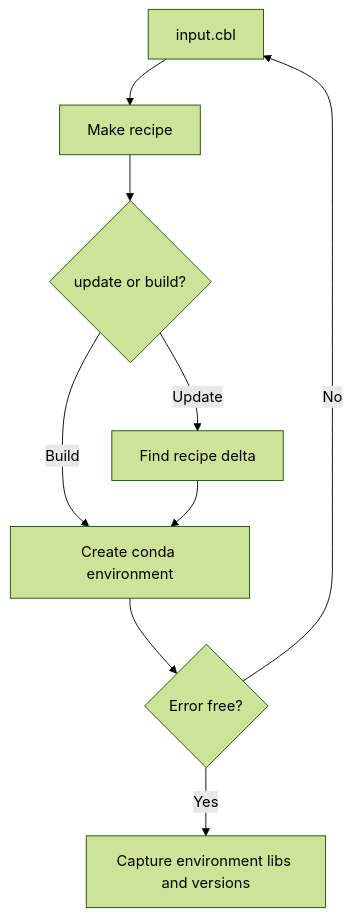
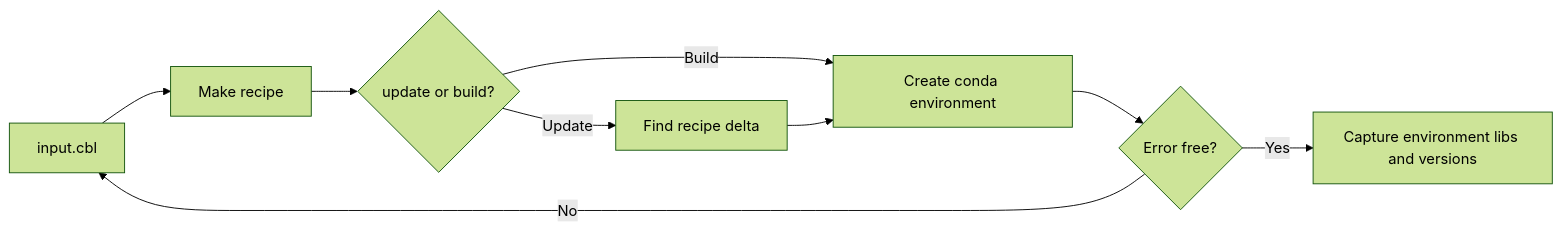
The diagram in docs/overview.md (coble-tools/coble), drawn with Mermaid (forest theme) before and after one commit. The commit also changed other lines of this file and 2 other files, not shown here.

````diff
--- a/docs/overview.md
+++ b/docs/overview.md
@@ -5,11 +5,11 @@
 ```mermaid
-flowchart TD
+flowchart LR
 	INP[input.cbl] --> REC[Make recipe]
 	REC --> UPD_BLD{update or build?}
 	UPD_BLD -- Update --> DLT[Find recipe delta]
 	UPD_BLD -- Build --> CRE[Create conda environment]
 	DLT --> CRE	
 	CRE --> ERR{Error free?}
 	ERR -- No --> INP
 	ERR -- Yes --> CAP[Capture environment libs and versions]	
 ```
````
